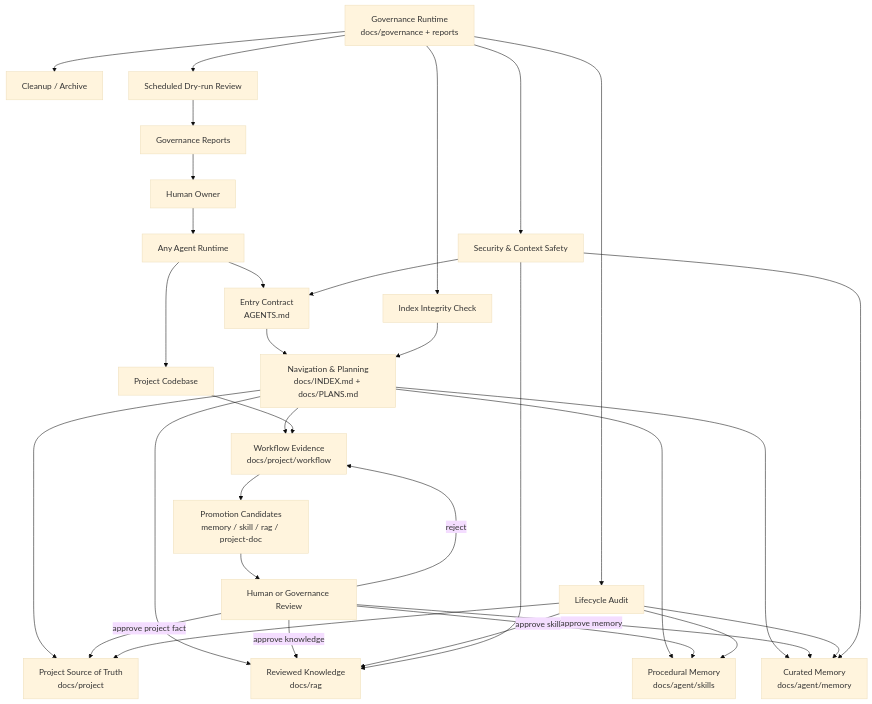
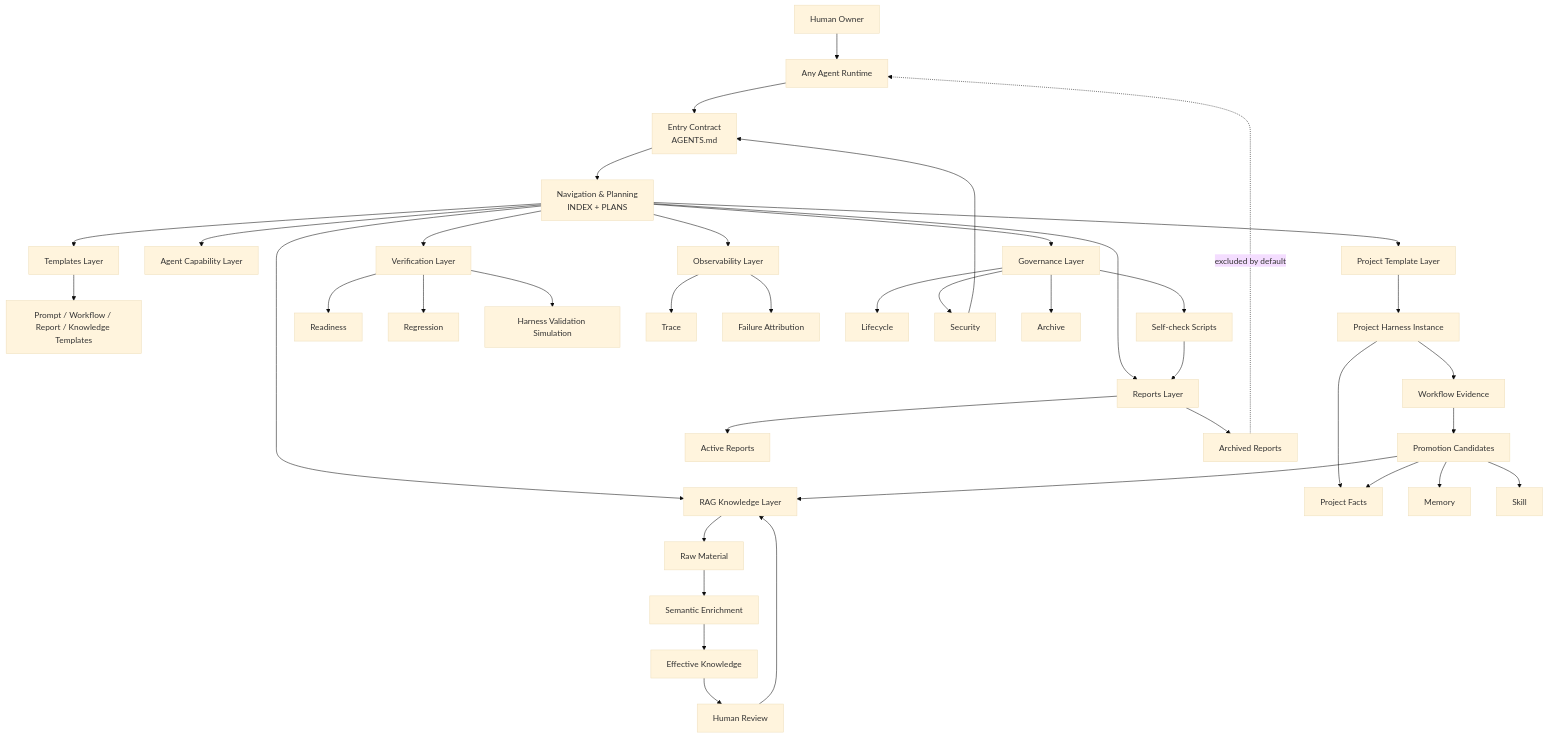
The diagram in harness/docs/HarnessEngineering.md (KKT-OPT/HarnessVault), drawn with Mermaid (base theme) before and after one commit. The commit also changed other lines of this file, not shown here.

Commit message:
docs: upgrade HarnessEngineering to v1.2.0

````diff
--- a/harness/docs/HarnessEngineering.md
+++ b/harness/docs/HarnessEngineering.md
@@ -336,42 +228,51 @@
 ```mermaid
 flowchart TD
     U[Human Owner] --> AG[Any Agent Runtime]
     AG --> ENTRY[Entry Contract<br/>AGENTS.md]
-    ENTRY --> NAV[Navigation & Planning<br/>docs/INDEX.md + docs/PLANS.md]
+    ENTRY --> NAV[Navigation & Planning<br/>INDEX + PLANS]
 
-    NAV --> PF[Project Source of Truth<br/>docs/project]
-    NAV --> RAG[Reviewed Knowledge<br/>docs/rag]
-    NAV --> SK[Procedural Memory<br/>docs/agent/skills]
-    NAV --> MEM[Curated Memory<br/>docs/agent/memory]
-    NAV --> WF[Workflow Evidence<br/>docs/project/workflow]
+    NAV --> GOV[Governance Layer]
+    NAV --> AGL[Agent Capability Layer]
+    NAV --> RAG[RAG Knowledge Layer]
+    NAV --> PT[Project Template Layer]
+    NAV --> TPL[Templates Layer]
+    NAV --> OBS[Observability Layer]
+    NAV --> VER[Verification Layer]
+    NAV --> REP[Reports Layer]
 
-    AG --> CODE[Project Codebase]
-    CODE --> WF
+    TPL --> PROMPT[Prompt / Workflow / Report / Knowledge Templates]
+    RAG --> RAW[Raw Material]
+    RAW --> ENRICH[Semantic Enrichment]
+    ENRICH --> EFF[Effective Knowledge]
+    EFF --> REVIEW[Human Review]
+    REVIEW --> RAG
 
-    WF --> CAND[Promotion Candidates<br/>memory / skill / rag / project-doc]
-    CAND --> REVIEW[Human or Governance Review]
+    PT --> PI[Project Harness Instance]
+    PI --> PF[Project Facts]
+    PI --> WF[Workflow Evidence]
 
-    REVIEW -->|approve memory| MEM
-    REVIEW -->|approve skill| SK
-    REVIEW -->|approve knowledge| RAG
-    REVIEW -->|approve project fact| PF
-    REVIEW -->|reject| WF
+    WF --> CAND[Promotion Candidates]
+    CAND --> MEM[Memory]
+    CAND --> SK[Skill]
+    CAND --> RAG
+    CAND --> PF
 
-    GOV[Governance Runtime<br/>docs/governance + reports] --> IDX[Index Integrity Check]
-    GOV --> LIFE[Lifecycle Audit]
-    GOV --> SEC[Security & Context Safety]
-    GOV --> CLEAN[Cleanup / Archive]
-    GOV --> SCHED[Scheduled Dry-run Review]
+    VER --> READY[Readiness]
+    VER --> REG[Regression]
+    VER --> SIM[Harness Validation Simulation]
 
-    IDX --> NAV
-    LIFE --> SK
-    LIFE --> MEM
-    LIFE --> RAG
-    LIFE --> PF
+    OBS --> TRACE[Trace]
+    OBS --> FAIL[Failure Attribution]
+
+    GOV --> LIFE[Lifecycle]
+    GOV --> SEC[Security]
+    GOV --> ARCH[Archive]
+    GOV --> SELF[Self-check Scripts]
+
+    REP --> ACTIVE[Active Reports]
+    REP --> AR[Archived Reports]
+
+    SELF --> REP
     SEC --> ENTRY
-    SEC --> MEM
-    SEC --> RAG
-
-    SCHED --> REPORT[Governance Reports]
-    REPORT --> U
+    AR -.excluded by default.-> AG
 ```
````
